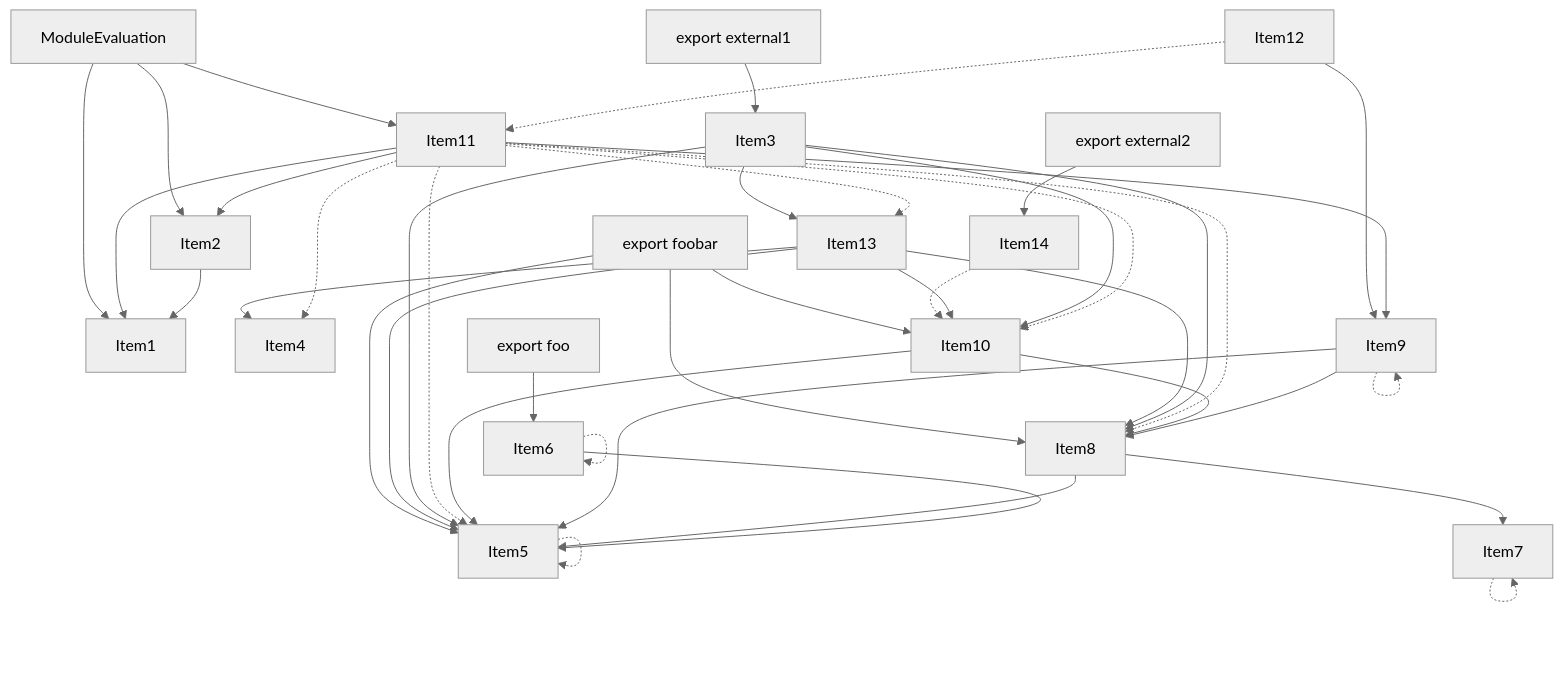
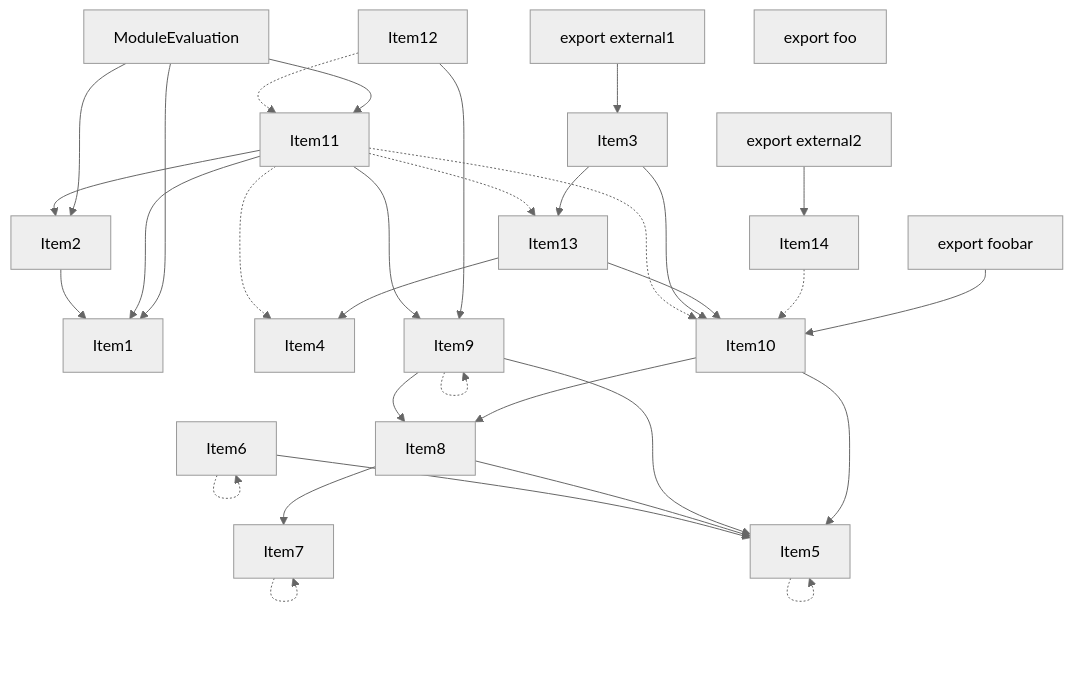
One commit to vercel/turborepo changed the fourth of 5 diagrams in crates/turbopack-ecmascript/tests/tree-shaker/analyzer/2/output.md. Above: the diagram before and after it, drawn with Mermaid (neutral theme). The commit also changed other lines of this file and 20 other files, not shown here.

````diff
--- a/crates/turbopack-ecmascript/tests/tree-shaker/analyzer/2/output.md
+++ b/crates/turbopack-ecmascript/tests/tree-shaker/analyzer/2/output.md
@@ -298,67 +290,58 @@
 ```mermaid
 graph TD
     Item3;
     Item1;
     Item4;
     Item5;
     Item6;
     Item7;
     Item8;
     Item9;
     Item10;
     Item11;
     Item12;
     Item13;
     Item14;
     Item2;
     Item15;
     Item15["ModuleEvaluation"];
     Item16;
     Item16["export external1"];
     Item17;
     Item17["export foobar"];
     Item18;
     Item18["export foo"];
     Item19;
     Item19["export external2"];
     Item2 --> Item1;
     Item5 -.-> Item5;
     Item6 --> Item5;
     Item6 -.-> Item6;
     Item7 -.-> Item7;
     Item8 --> Item7;
     Item8 --> Item5;
+    Item9 --> Item8;
     Item9 --> Item5;
-    Item9 --> Item8;
     Item9 -.-> Item9;
+    Item10 --> Item8;
     Item10 --> Item5;
-    Item10 --> Item8;
     Item11 --> Item9;
     Item11 --> Item1;
     Item11 --> Item2;
     Item11 -.-> Item13;
-    Item11 -.-> Item5;
-    Item11 -.-> Item8;
     Item11 -.-> Item10;
     Item11 -.-> Item4;
     Item12 --> Item9;
     Item12 -.-> Item11;
     Item3 --> Item13;
-    Item3 --> Item5;
-    Item3 --> Item8;
     Item3 --> Item10;
     Item13 --> Item4;
-    Item13 --> Item5;
-    Item13 --> Item8;
     Item13 --> Item10;
     Item14 -.-> Item10;
     Item15 --> Item1;
     Item15 --> Item2;
     Item15 --> Item11;
     Item16 --> Item3;
-    Item17 --> Item5;
-    Item17 --> Item8;
     Item17 --> Item10;
-    Item18 --> Item6;
     Item19 --> Item14;
 ```
````
